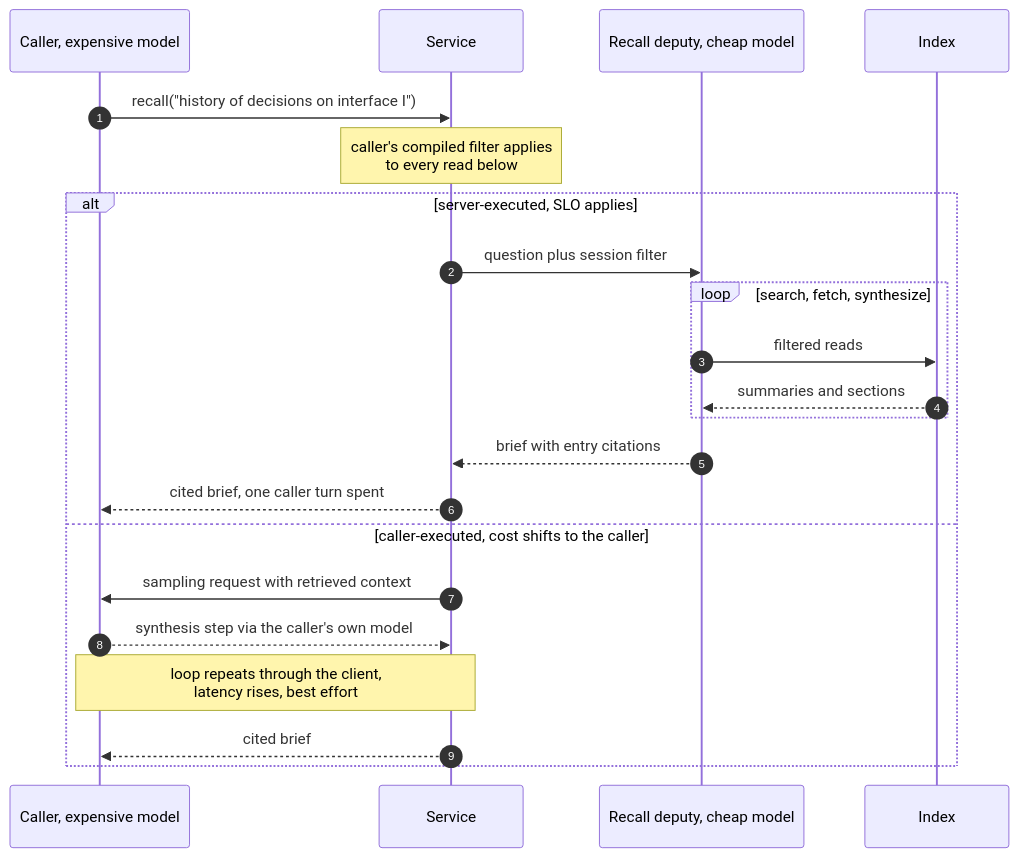
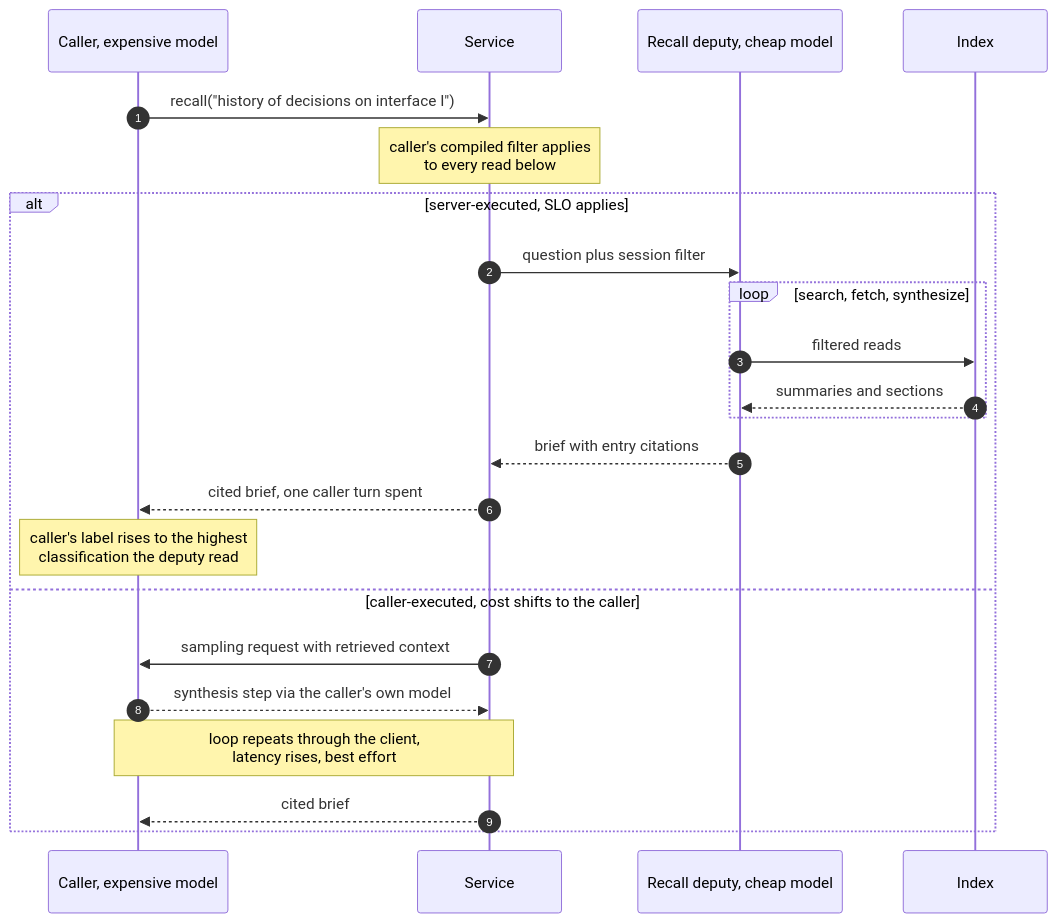
The fifth of 14 diagrams in docs/durable-memory-for-disposable-agents.md (apache/tooling-memory), drawn with Mermaid before and after one commit. The commit also changed other lines of this file and 1 other file, not shown here.

````diff
--- a/docs/durable-memory-for-disposable-agents.md
+++ b/docs/durable-memory-for-disposable-agents.md
@@ -302,25 +321,26 @@
 ```mermaid
 sequenceDiagram
     autonumber
     participant C as Caller, expensive model
     participant S as Service
     participant D as Recall deputy, cheap model
     participant IX as Index
 
     C->>S: recall("history of decisions on interface I")
     Note over S: caller's compiled filter applies<br/>to every read below
     alt server-executed, SLO applies
         S->>D: question plus session filter
         loop search, fetch, synthesize
             D->>IX: filtered reads
             IX-->>D: summaries and sections
         end
         D-->>S: brief with entry citations
         S-->>C: cited brief, one caller turn spent
+        Note over C: caller's label rises to the highest<br/>classification the deputy read
     else caller-executed, cost shifts to the caller
         S->>C: sampling request with retrieved context
         C-->>S: synthesis step via the caller's own model
         Note over C,S: loop repeats through the client,<br/>latency rises, best effort
         S-->>C: cited brief
     end
 ```
````
